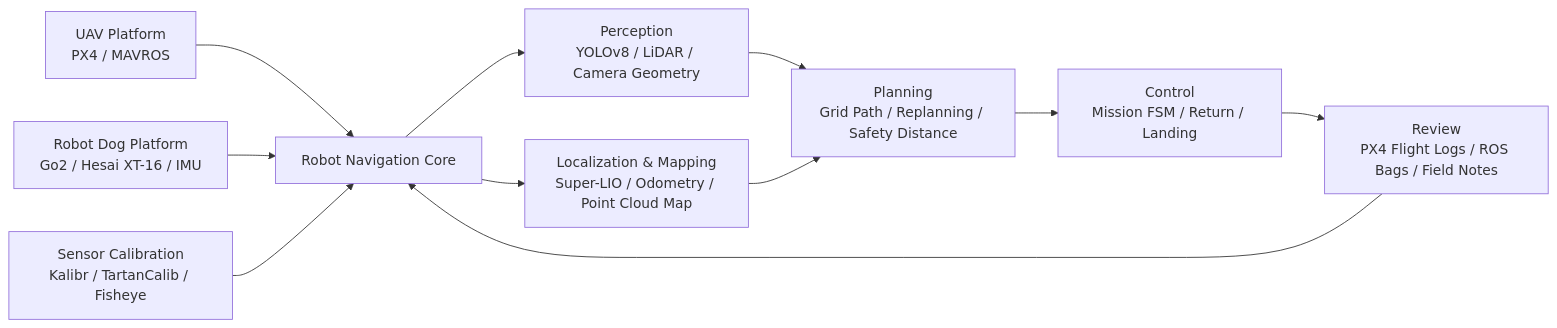
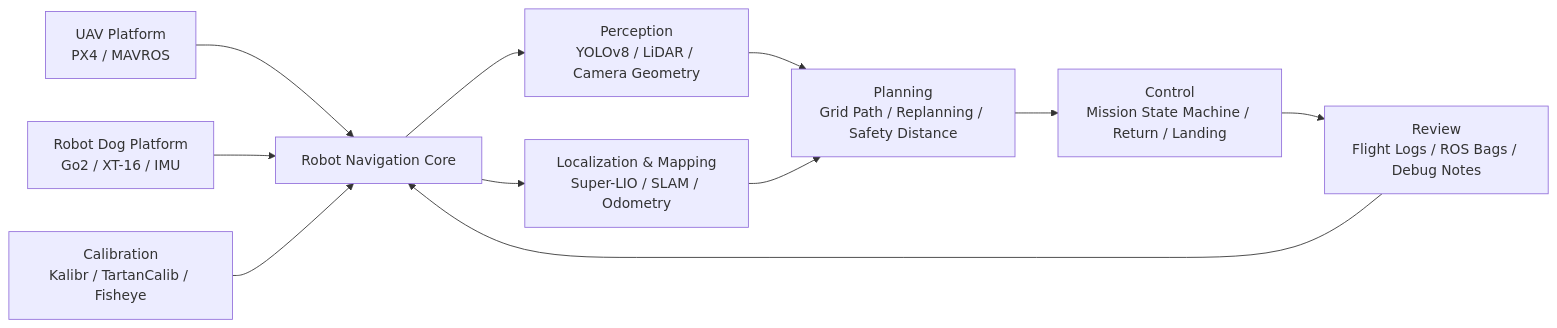
One commit to u5-4/u5-4 changed the diagram in README.md. Above: the diagram before and after it, drawn with Mermaid. The commit also changed other lines of this file, not shown here.

````diff
--- a/README.md
+++ b/README.md
@@ -133,13 +153,13 @@
 ```mermaid
 flowchart LR
     A["UAV Platform<br/>PX4 / MAVROS"] --> C["Robot Navigation Core"]
-    B["Robot Dog Platform<br/>Go2 / Hesai XT-16 / IMU"] --> C
-    D["Sensor Calibration<br/>Kalibr / TartanCalib / Fisheye"] --> C
+    B["Robot Dog Platform<br/>Go2 / XT-16 / IMU"] --> C
+    D["Calibration<br/>Kalibr / TartanCalib / Fisheye"] --> C
     C --> E["Perception<br/>YOLOv8 / LiDAR / Camera Geometry"]
-    C --> F["Localization & Mapping<br/>Super-LIO / Odometry / Point Cloud Map"]
+    C --> F["Localization & Mapping<br/>Super-LIO / SLAM / Odometry"]
     E --> G["Planning<br/>Grid Path / Replanning / Safety Distance"]
     F --> G
-    G --> H["Control<br/>Mission FSM / Return / Landing"]
-    H --> I["Review<br/>PX4 Flight Logs / ROS Bags / Field Notes"]
+    G --> H["Control<br/>Mission State Machine / Return / Landing"]
+    H --> I["Review<br/>Flight Logs / ROS Bags / Debug Notes"]
     I --> C
 ```
````
